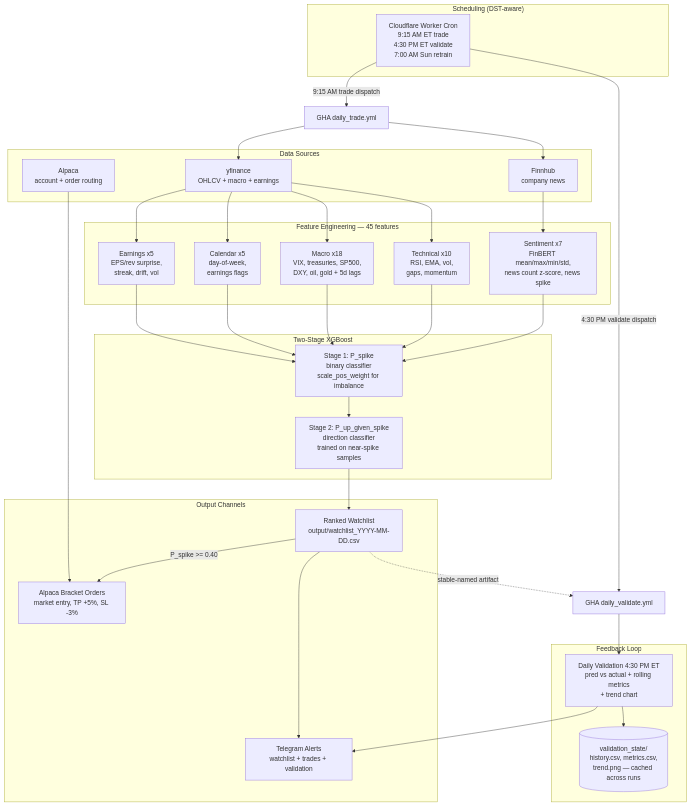
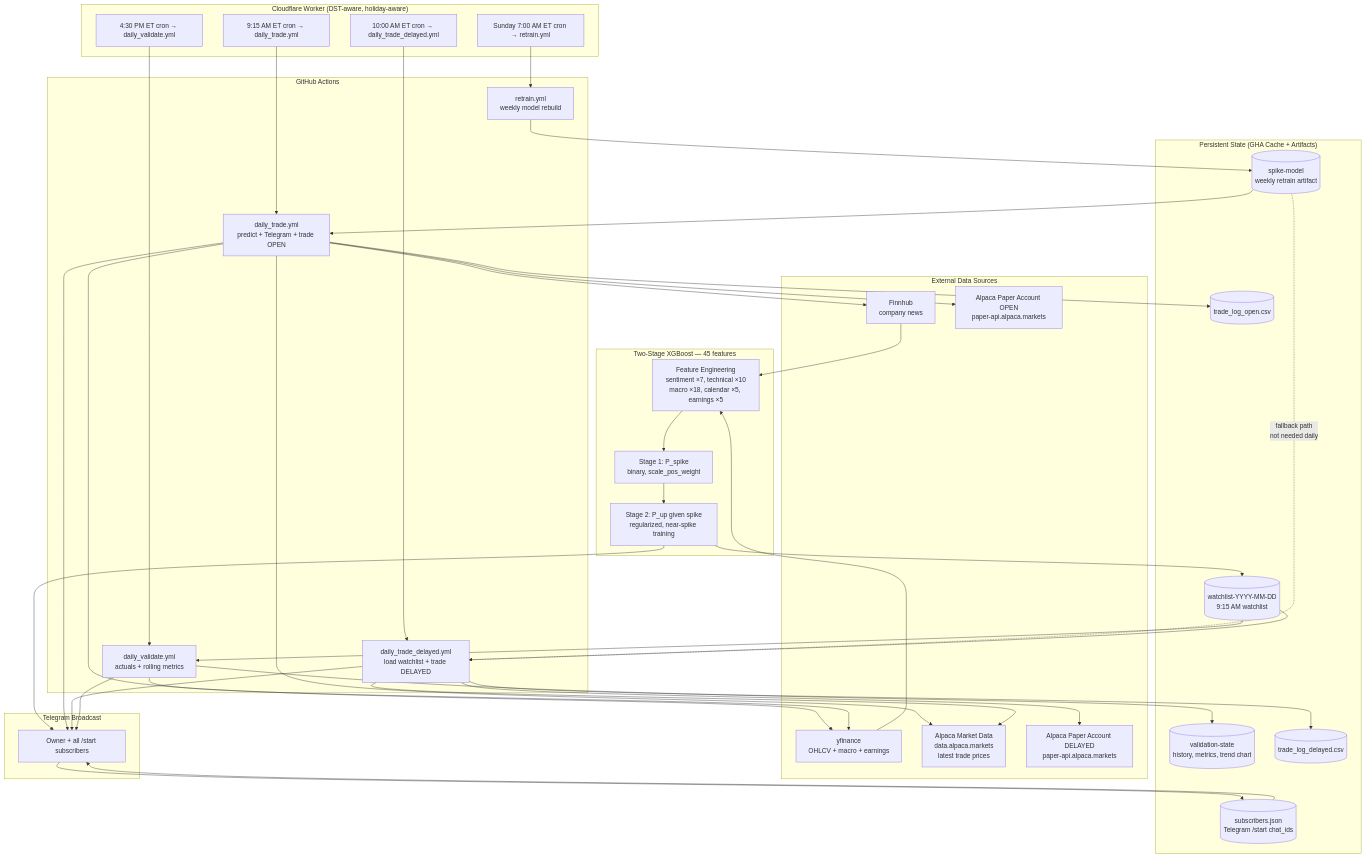
Before and after one commit to theclickbaiter1/Spike-Predictor: the diagram in README.md, drawn with Mermaid. The commit also changed other lines of this file, not shown here.

First line of the commit message:
readme: document A/B timing experiment, Worker internals, state model

````diff
--- a/README.md
+++ b/README.md
@@ -23,60 +26,80 @@
 ```mermaid
 flowchart TB
-    subgraph Schedule["Scheduling (DST-aware)"]
-        CF[Cloudflare Worker Cron<br/>9:15 AM ET trade<br/>4:30 PM ET validate<br/>7:00 AM Sun retrain]
+    subgraph CFW["Cloudflare Worker (DST-aware, holiday-aware)"]
+        C1[9:15 AM ET cron → daily_trade.yml]
+        C2[10:00 AM ET cron → daily_trade_delayed.yml]
+        C3[4:30 PM ET cron → daily_validate.yml]
+        C4[Sunday 7:00 AM ET cron → retrain.yml]
     end
 
-    subgraph Ingest["Data Sources"]
+    subgraph Sources["External Data Sources"]
         FH[Finnhub<br/>company news]
         YF[yfinance<br/>OHLCV + macro + earnings]
-        AL[Alpaca<br/>account + order routing]
+        ALP_DATA[Alpaca Market Data<br/>data.alpaca.markets<br/>latest trade prices]
+        ALP_OPEN[Alpaca Paper Account OPEN<br/>paper-api.alpaca.markets]
+        ALP_DEL[Alpaca Paper Account DELAYED<br/>paper-api.alpaca.markets]
     end
 
-    subgraph Features["Feature Engineering — 45 features"]
-        SEN[Sentiment x7<br/>FinBERT mean/max/min/std,<br/>news count z-score, news spike]
-        TECH[Technical x10<br/>RSI, EMA, vol,<br/>gaps, momentum]
-        MACRO[Macro x18<br/>VIX, treasuries, SP500,<br/>DXY, oil, gold + 5d lags]
-        CAL[Calendar x5<br/>day-of-week,<br/>earnings flags]
-        EARN[Earnings x5<br/>EPS/rev surprise,<br/>streak, drift, vol]
+    subgraph Pipeline["GitHub Actions"]
+        GTR[daily_trade.yml<br/>predict + Telegram + trade OPEN]
+        GDEL[daily_trade_delayed.yml<br/>load watchlist + trade DELAYED]
+        GVAL[daily_validate.yml<br/>actuals + rolling metrics]
+        GRET[retrain.yml<br/>weekly model rebuild]
     end
 
-    subgraph Model["Two-Stage XGBoost"]
-        S1[Stage 1: P_spike<br/>binary classifier<br/>scale_pos_weight for imbalance]
-        S2[Stage 2: P_up_given_spike<br/>direction classifier<br/>trained on near-spike samples]
+    subgraph Model["Two-Stage XGBoost — 45 features"]
+        FEAT[Feature Engineering<br/>sentiment ×7, technical ×10<br/>macro ×18, calendar ×5, earnings ×5]
+        S1[Stage 1: P_spike<br/>binary, scale_pos_weight]
+        S2[Stage 2: P_up given spike<br/>regularized, near-spike training]
     end
 
-    subgraph Output["Output Channels"]
-        WL[Ranked Watchlist<br/>output/watchlist_YYYY-MM-DD.csv]
-        TG[Telegram Alerts<br/>watchlist + trades + validation]
-        ORD[Alpaca Bracket Orders<br/>market entry, TP +5%, SL -3%]
+    subgraph State["Persistent State (GHA Cache + Artifacts)"]
+        ART_MODEL[(spike-model<br/>weekly retrain artifact)]
+        ART_WL[(watchlist-YYYY-MM-DD<br/>9:15 AM watchlist)]
+        ART_VAL[(validation-state<br/>history, metrics, trend chart)]
+        ART_SUBS[(subscribers.json<br/>Telegram /start chat_ids)]
+        ART_LOG_O[(trade_log_open.csv)]
+        ART_LOG_D[(trade_log_delayed.csv)]
     end
 
-    subgraph Feedback["Feedback Loop"]
-        VAL[Daily Validation 4:30 PM ET<br/>pred vs actual + rolling metrics<br/>+ trend chart]
-        HIST[(validation_state/<br/>history.csv, metrics.csv,<br/>trend.png — cached across runs)]
+    subgraph TG["Telegram Broadcast"]
+        TG_OUT[Owner + all /start subscribers]
     end
 
-    CF -->|9:15 AM trade dispatch| GTRADE[GHA daily_trade.yml]
-    CF -->|4:30 PM validate dispatch| GVAL[GHA daily_validate.yml]
-    GTRADE --> FH
-    GTRADE --> YF
-    FH --> SEN
-    YF --> TECH
-    YF --> MACRO
-    YF --> CAL
-    YF --> EARN
-    SEN --> S1
-    TECH --> S1
-    MACRO --> S1
-    CAL --> S1
-    EARN --> S1
-    S1 --> S2
-    S2 --> WL
-    WL --> TG
-    WL -->|P_spike >= 0.40| ORD
-    AL --> ORD
-    WL -.->|stable-named artifact| GVAL
-    GVAL --> VAL
-    VAL --> HIST
-    VAL --> TG
+    C1 --> GTR
+    C2 --> GDEL
+    C3 --> GVAL
+    C4 --> GRET
+
+    GRET --> ART_MODEL
+    ART_MODEL --> GTR
+    ART_MODEL -.->|fallback path<br/>not needed daily| GDEL
+
+    GTR --> FH
+    GTR --> YF
+    FH --> FEAT
+    YF --> FEAT
+    FEAT --> S1 --> S2
+    S2 --> ART_WL
+    S2 --> TG_OUT
+
+    ART_WL --> GDEL
+    ART_WL --> GVAL
+
+    GTR --> ALP_DATA
+    GTR --> ALP_OPEN
+    GDEL --> ALP_DATA
+    GDEL --> ALP_DEL
+
+    GTR --> ART_LOG_O
+    GDEL --> ART_LOG_D
+    GTR --> TG_OUT
+    GDEL --> TG_OUT
+
+    GVAL --> YF
+    GVAL --> ART_VAL
+    GVAL --> TG_OUT
+
+    TG_OUT --> ART_SUBS
+    ART_SUBS --> TG_OUT
 ```
````
